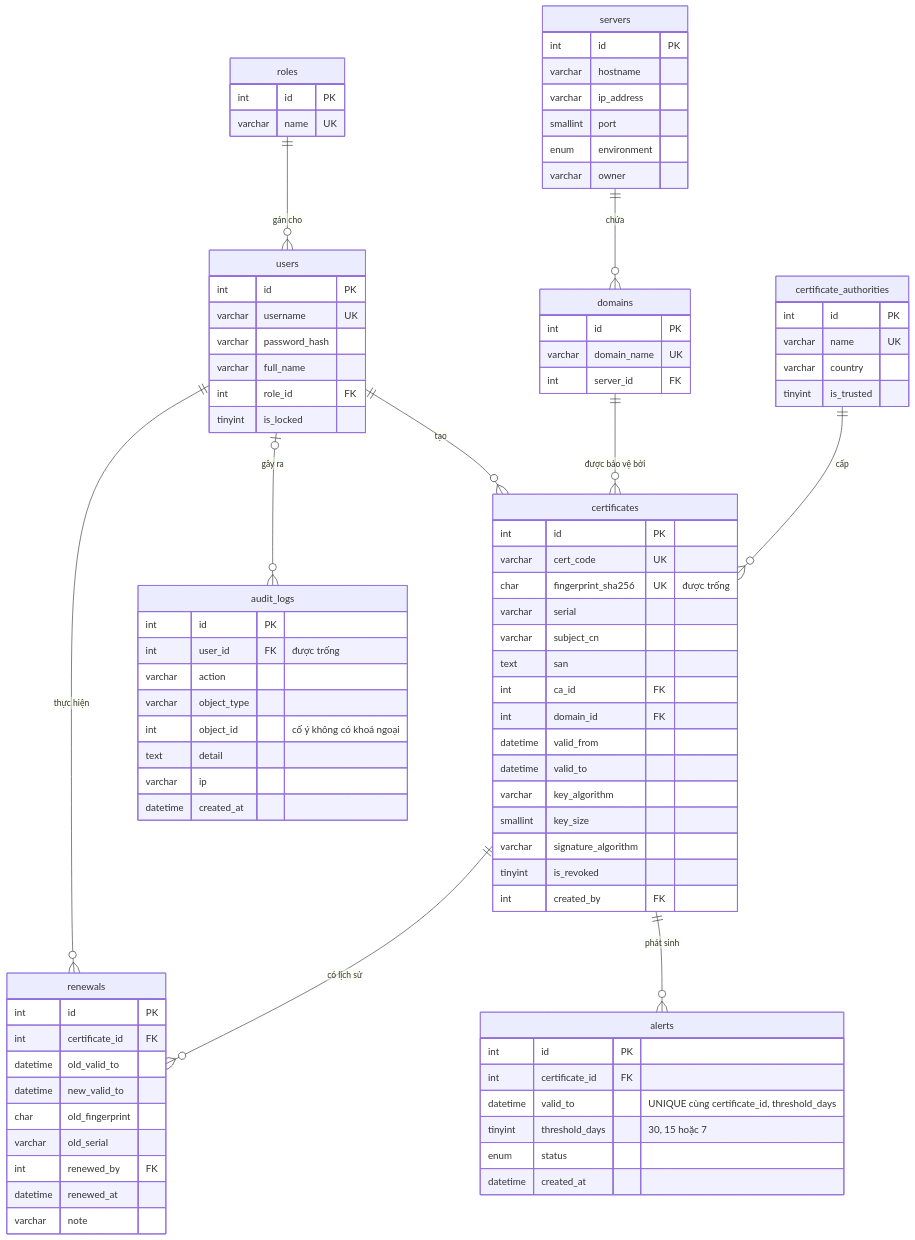
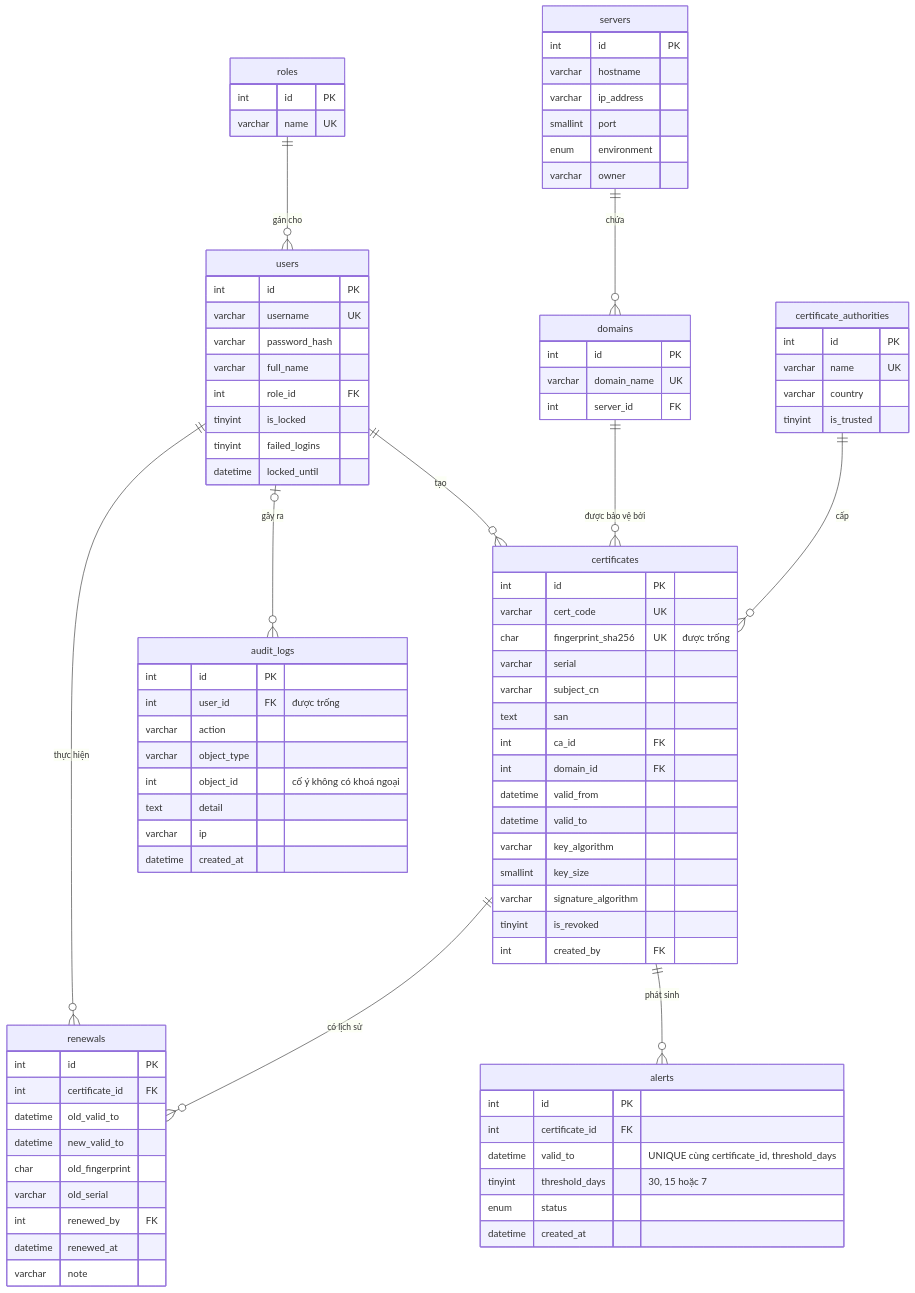
One commit to sakuralegend/cipher changed the diagram in docs/ERD.md. Above: the diagram before and after it, drawn with Mermaid. The commit also changed 19 other files, not shown here.

```diff
--- a/docs/ERD.md
+++ b/docs/ERD.md
@@ -26,6 +26,8 @@
         varchar full_name
         int role_id FK
         tinyint is_locked
+        tinyint failed_logins
+        datetime locked_until
     }
     servers {
         int id PK
```
